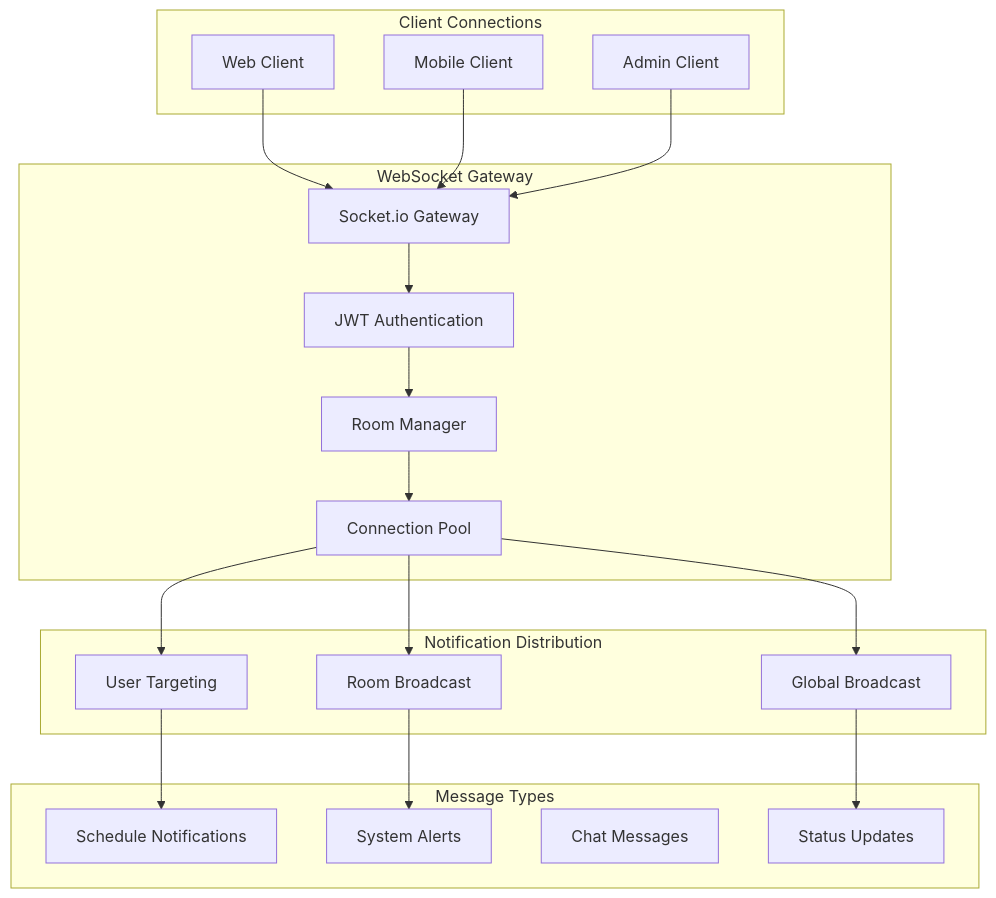
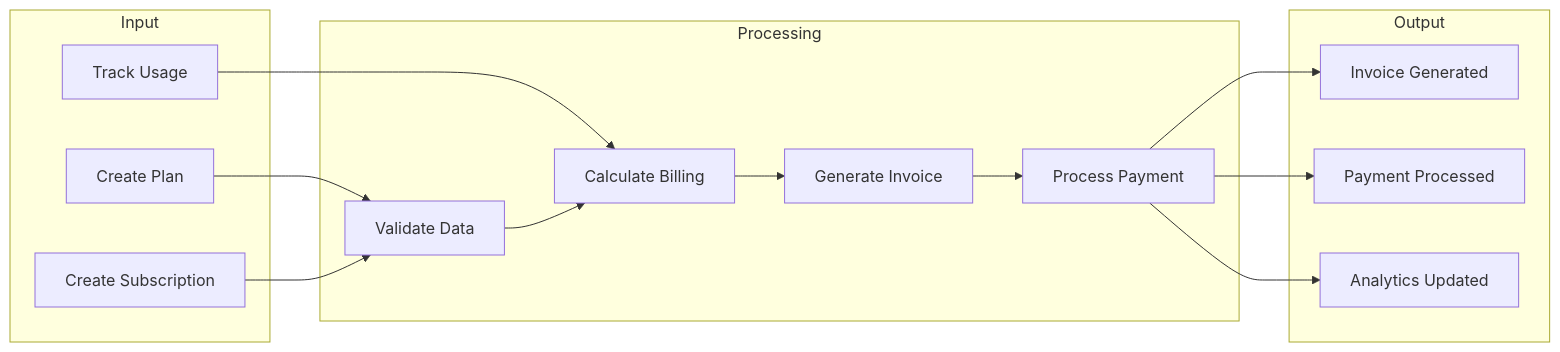
The tenth of 14 diagrams in docs/ARCHITECTURE.md (abdoElHodaky/sasscolmng), drawn with Mermaid before and after one commit. The commit also changed other lines of this file and 18 other files, not shown here.

````diff
--- a/docs/ARCHITECTURE.md
+++ b/docs/ARCHITECTURE.md
@@ -562,44 +546,33 @@
 ```mermaid
-graph TB
-    subgraph "Client Connections"
-        WEB_CLIENT[Web Client]
-        MOBILE_CLIENT[Mobile Client]
-        ADMIN_CLIENT[Admin Client]
+graph LR
+    subgraph "Input"
+        PLAN_CREATE[Create Plan]
+        SUB_CREATE[Create Subscription]
+        USAGE_TRACK[Track Usage]
     end
+
+    subgraph "Processing"
+        VALIDATE[Validate Data]
+        CALCULATE[Calculate Billing]
+        GENERATE[Generate Invoice]
+        PROCESS[Process Payment]
+    end
+
+    subgraph "Output"
+        INVOICE[Invoice Generated]
+        PAYMENT[Payment Processed]
+        ANALYTICS[Analytics Updated]
+    end
+
+    PLAN_CREATE --> VALIDATE
+    SUB_CREATE --> VALIDATE
+    USAGE_TRACK --> CALCULATE
     
-    subgraph "WebSocket Gateway"
-        WS_GATEWAY[Socket.io Gateway]
-        AUTH_WS[JWT Authentication]
-        ROOM_MANAGER[Room Manager]
-        CONNECTION_POOL[Connection Pool]
-    end
+    VALIDATE --> CALCULATE
+    CALCULATE --> GENERATE
+    GENERATE --> PROCESS
     
-    subgraph "Notification Distribution"
-        USER_TARGETING[User Targeting]
-        ROOM_BROADCAST[Room Broadcast]
-        GLOBAL_BROADCAST[Global Broadcast]
-    end
-    
-    subgraph "Message Types"
-        SCHEDULE_NOTIFY[Schedule Notifications]
-        SYSTEM_ALERTS[System Alerts]
-        CHAT_MESSAGES[Chat Messages]
-        STATUS_UPDATES[Status Updates]
-    end
-    
-    WEB_CLIENT --> WS_GATEWAY
-    MOBILE_CLIENT --> WS_GATEWAY
-    ADMIN_CLIENT --> WS_GATEWAY
-    
-    WS_GATEWAY --> AUTH_WS
-    AUTH_WS --> ROOM_MANAGER
-    ROOM_MANAGER --> CONNECTION_POOL
-    
-    CONNECTION_POOL --> USER_TARGETING
-    CONNECTION_POOL --> ROOM_BROADCAST
-    CONNECTION_POOL --> GLOBAL_BROADCAST
-    
-    USER_TARGETING --> SCHEDULE_NOTIFY
-    ROOM_BROADCAST --> SYSTEM_ALERTS
-    GLOBAL_BROADCAST --> STATUS_UPDATES
+    PROCESS --> INVOICE
+    PROCESS --> PAYMENT
+    PROCESS --> ANALYTICS
 ```
````
